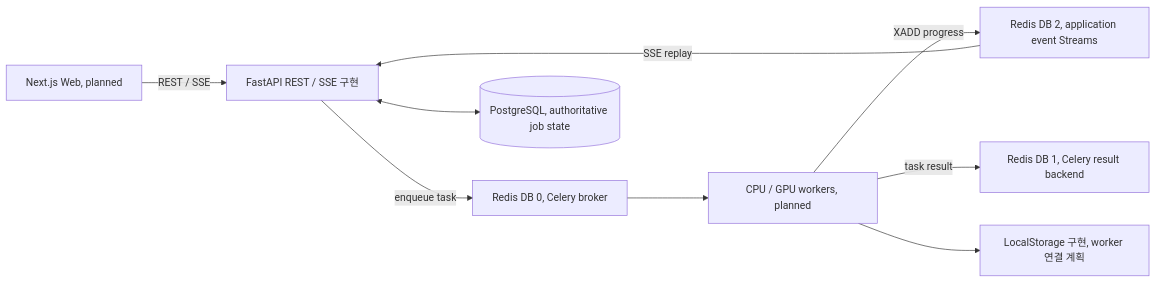
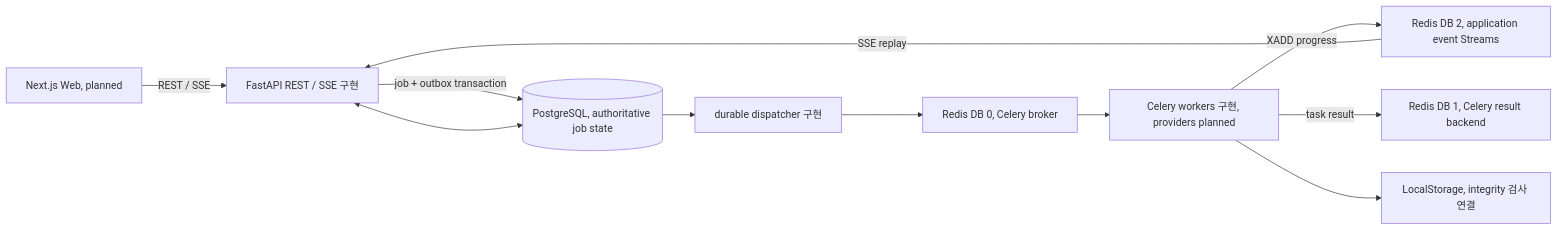
The diagram in README.md (reha-design/MusicSheet), drawn with Mermaid before and after one commit. The commit also changed other lines of this file and 15 other files, not shown here.

````diff
--- a/README.md
+++ b/README.md
@@ -43,11 +44,13 @@
 ```mermaid
 flowchart LR
     Web[Next.js Web, planned] -->|REST / SSE| API[FastAPI REST / SSE 구현]
-    API -->|enqueue task| Broker[Redis DB 0, Celery broker]
-    Broker --> Workers[CPU / GPU workers, planned]
+    API -->|job + outbox transaction| PostgreSQL
+    PostgreSQL --> Dispatcher[durable dispatcher 구현]
+    Dispatcher --> Broker[Redis DB 0, Celery broker]
+    Broker --> Workers[Celery workers 구현, providers planned]
     Workers -->|XADD progress| Events[Redis DB 2, application event Streams]
     Events -->|SSE replay| API
     API <--> PostgreSQL[(PostgreSQL, authoritative job state)]
     Workers -->|task result| Results[Redis DB 1, Celery result backend]
-    Workers --> Storage[LocalStorage 구현, worker 연결 계획]
+    Workers --> Storage[LocalStorage, integrity 검사 연결]
 ```
````
